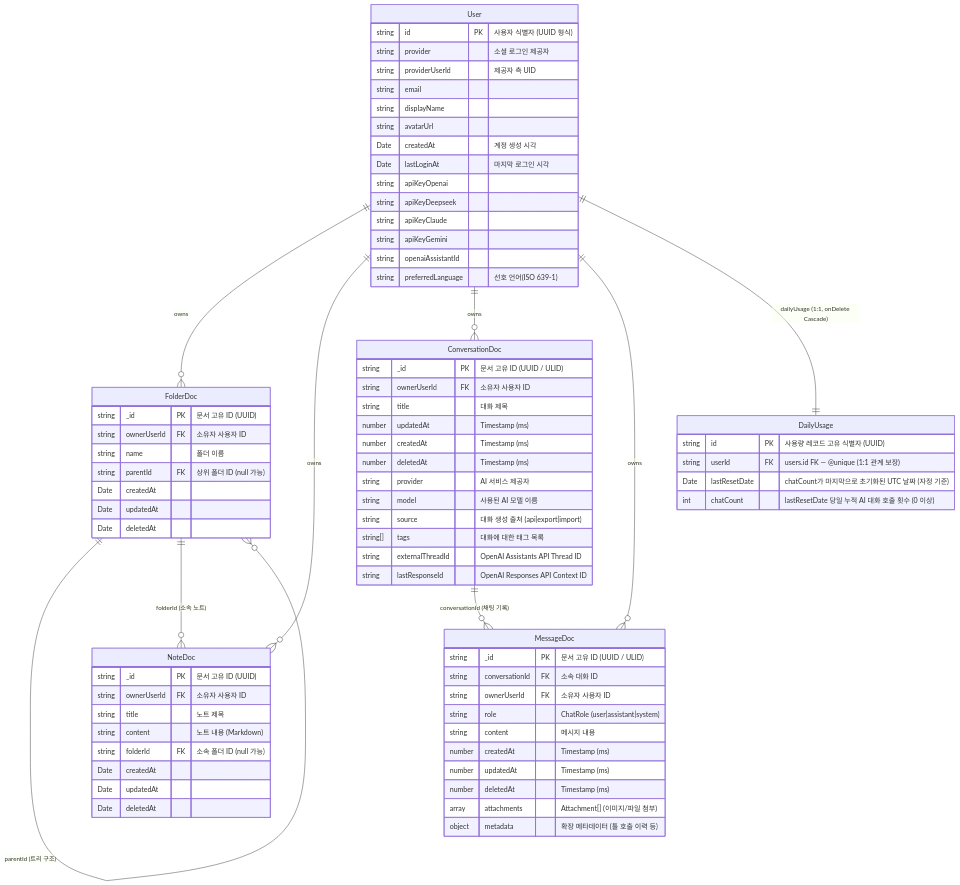
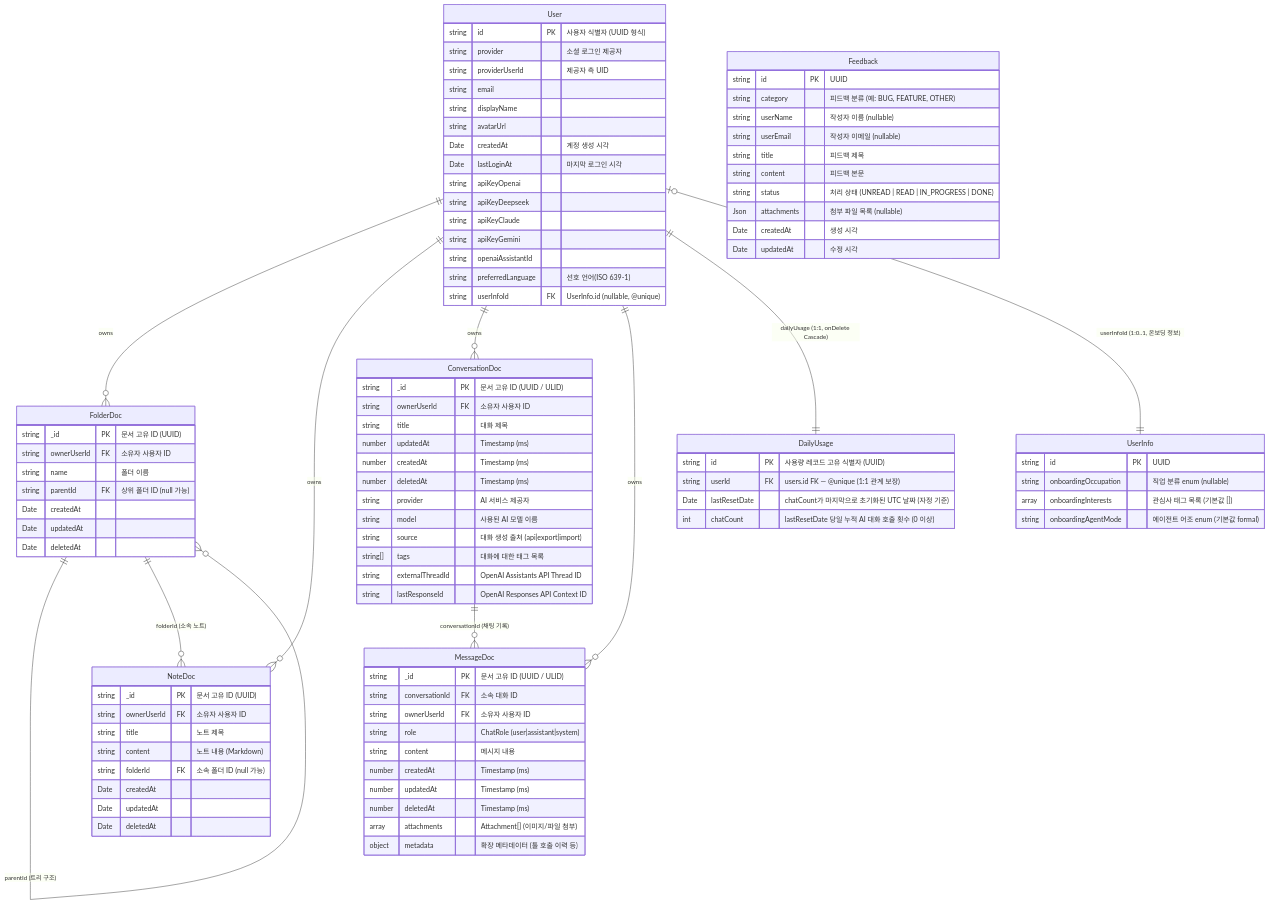
Before and after one commit to TACO-FOR-ALL/GraphNode_BE: the first of 4 diagrams in docs/architecture/DATABASE.md, drawn with Mermaid. The commit also changed other lines of this file and 4 other files, not shown here.

```diff
--- a/docs/architecture/DATABASE.md
+++ b/docs/architecture/DATABASE.md
@@ -42,6 +42,27 @@
         string apiKeyGemini 
         string openaiAssistantId 
         string preferredLanguage "선호 언어(ISO 639-1)"
+        string userInfoId FK "UserInfo.id (nullable, @unique)"
+    }
+
+    UserInfo {
+        string id PK "UUID"
+        string onboardingOccupation "직업 분류 enum (nullable)"
+        array onboardingInterests "관심사 태그 목록 (기본값 [])"
+        string onboardingAgentMode "에이전트 어조 enum (기본값 formal)"
+    }
+
+    Feedback {
+        string id PK "UUID"
+        string category "피드백 분류 (예: BUG, FEATURE, OTHER)"
+        string userName "작성자 이름 (nullable)"
+        string userEmail "작성자 이메일 (nullable)"
+        string title "피드백 제목"
+        string content "피드백 본문"
+        string status "처리 상태 (UNREAD | READ | IN_PROGRESS | DONE)"
+        Json attachments "첨부 파일 목록 (nullable)"
+        Date createdAt "생성 시각"
+        Date updatedAt "수정 시각"
     }
 
     FolderDoc {
@@ -116,6 +137,7 @@
     User ||--o{ ConversationDoc : "owns"
     User ||--o{ MessageDoc : "owns"
     User ||--|| DailyUsage : "dailyUsage (1:1, onDelete Cascade)"
+    User |o--|| UserInfo : "userInfoId (1:0..1, 온보딩 정보)"
 
     FolderDoc ||--o{ FolderDoc : "parentId (트리 구조)"
     FolderDoc ||--o{ NoteDoc : "folderId (소속 노트)"
```
